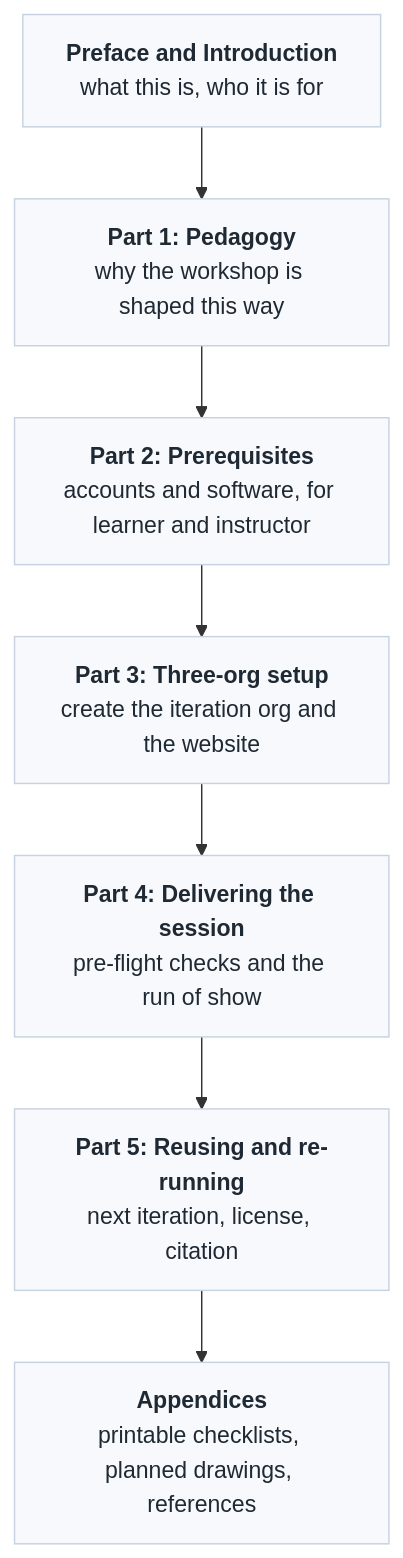
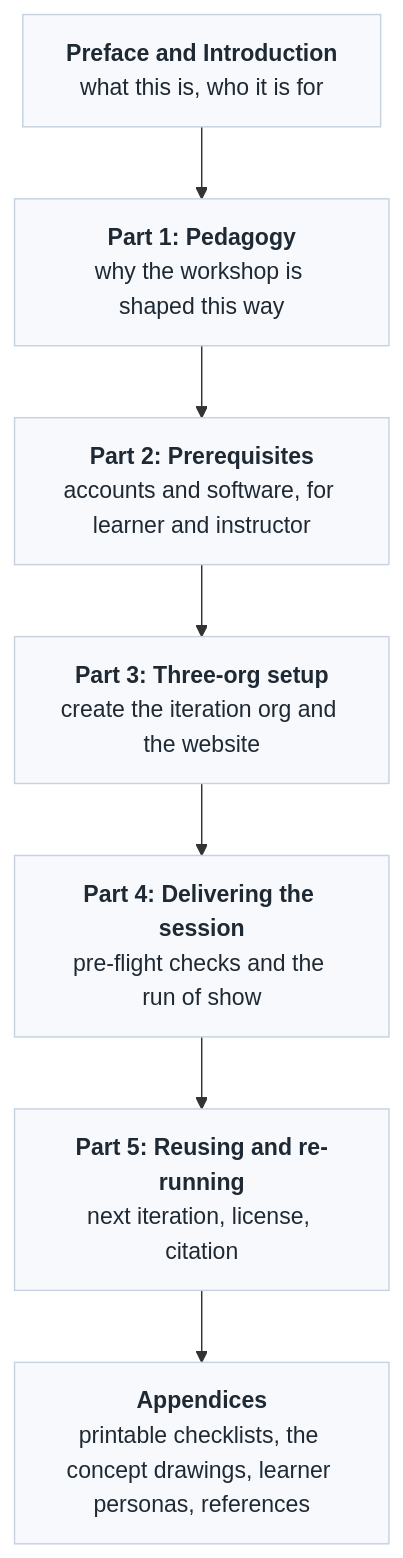
One commit to gitforsci/website changed the first of 2 diagrams in intro.qmd. Above: the diagram before and after it, drawn with Mermaid. The commit also changed other lines of this file and 17 other files, not shown here.

````diff
--- a/intro.qmd
+++ b/intro.qmd
@@ -15,14 +15,14 @@
 ```{mermaid}
 flowchart TD
     classDef layer fill:#f7f9fc,stroke:#c7d2e0,color:#1f2933;
 
     P["<b>Preface and Introduction</b><br/>what this is, who it is for"]:::layer
     A["<b>Part 1: Pedagogy</b><br/>why the workshop is shaped this way"]:::layer
     B["<b>Part 2: Prerequisites</b><br/>accounts and software, for learner and instructor"]:::layer
     C["<b>Part 3: Three-org setup</b><br/>create the iteration org and the website"]:::layer
     D["<b>Part 4: Delivering the session</b><br/>pre-flight checks and the run of show"]:::layer
     E["<b>Part 5: Reusing and re-running</b><br/>next iteration, license, citation"]:::layer
-    F["<b>Appendices</b><br/>printable checklists, planned drawings, references"]:::layer
+    F["<b>Appendices</b><br/>printable checklists, the concept drawings, learner personas, references"]:::layer
 
     P --> A --> B --> C --> D --> E --> F
 ```
````
